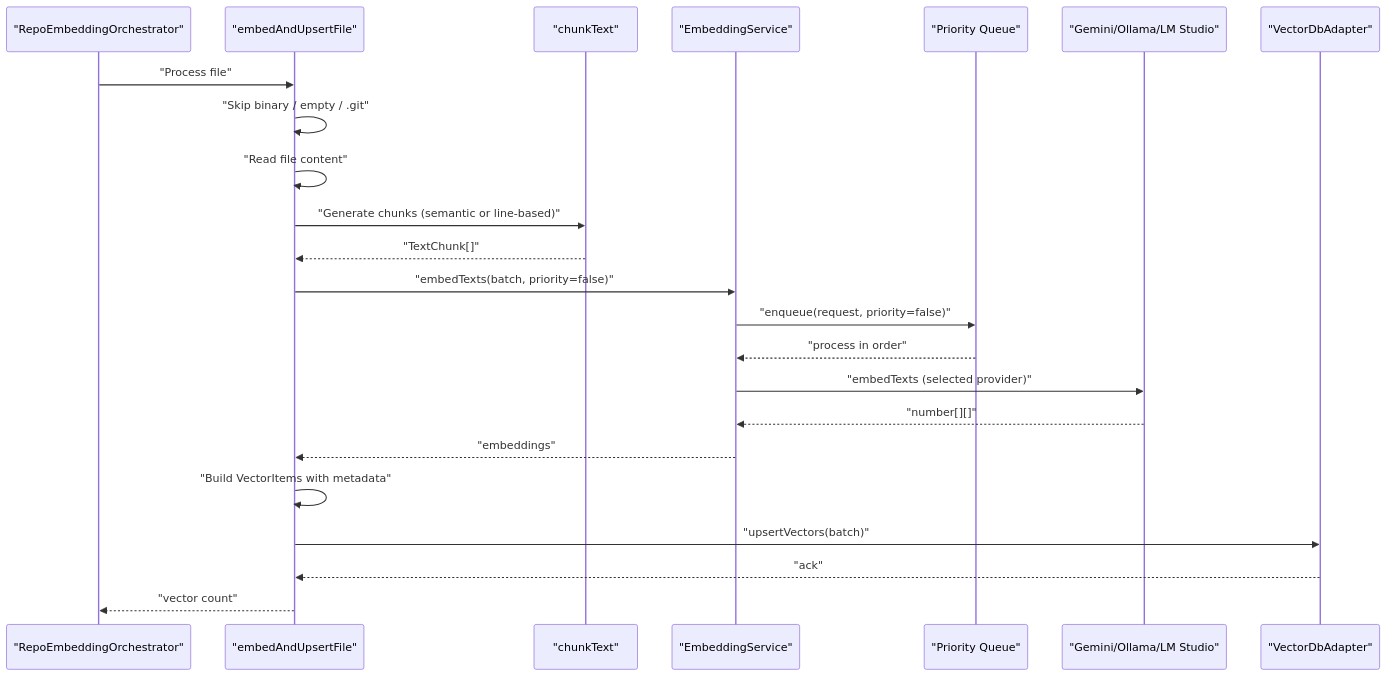
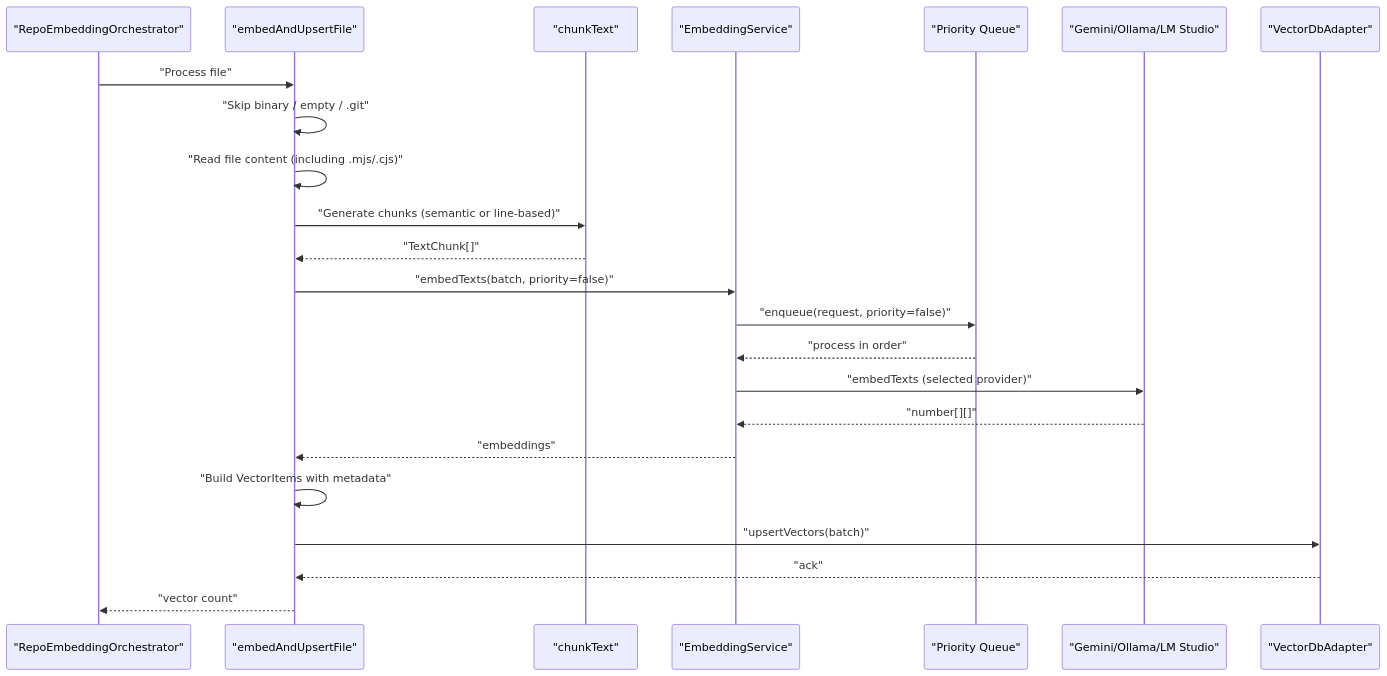
Before and after one commit to bramburn/repomix-runner: the second of 9 diagrams in .qoder/repowiki/en/content/Indexing and Search System/File Embedding Pipeline.md, drawn with Mermaid. The commit also changed other lines of this file and 14 other files, not shown here.

````diff
--- a/.qoder/repowiki/en/content/Indexing and Search System/File Embedding Pipeline.md
+++ b/.qoder/repowiki/en/content/Indexing and Search System/File Embedding Pipeline.md
@@ -171,25 +181,25 @@
 ```mermaid
 sequenceDiagram
 participant Orchestrator as "RepoEmbeddingOrchestrator"
 participant Pipeline as "embedAndUpsertFile"
 participant Chunker as "chunkText"
 participant EmbedSvc as "EmbeddingService"
 participant Queue as "Priority Queue"
 participant Provider as "Gemini/Ollama/LM Studio"
 participant Adapter as "VectorDbAdapter"
 Orchestrator->>Pipeline : "Process file"
 Pipeline->>Pipeline : "Skip binary / empty / .git"
-Pipeline->>Pipeline : "Read file content"
+Pipeline->>Pipeline : "Read file content (including .mjs/.cjs)"
 Pipeline->>Chunker : "Generate chunks (semantic or line-based)"
 Chunker-->>Pipeline : "TextChunk[]"
 Pipeline->>EmbedSvc : "embedTexts(batch, priority=false)"
 EmbedSvc->>Queue : "enqueue(request, priority=false)"
 Queue-->>EmbedSvc : "process in order"
 EmbedSvc->>Provider : "embedTexts (selected provider)"
 Provider-->>EmbedSvc : "number[][]"
 EmbedSvc-->>Pipeline : "embeddings"
 Pipeline->>Pipeline : "Build VectorItems with metadata"
 Pipeline->>Adapter : "upsertVectors(batch)"
 Adapter-->>Pipeline : "ack"
 Pipeline-->>Orchestrator : "vector count"
 ```
````
